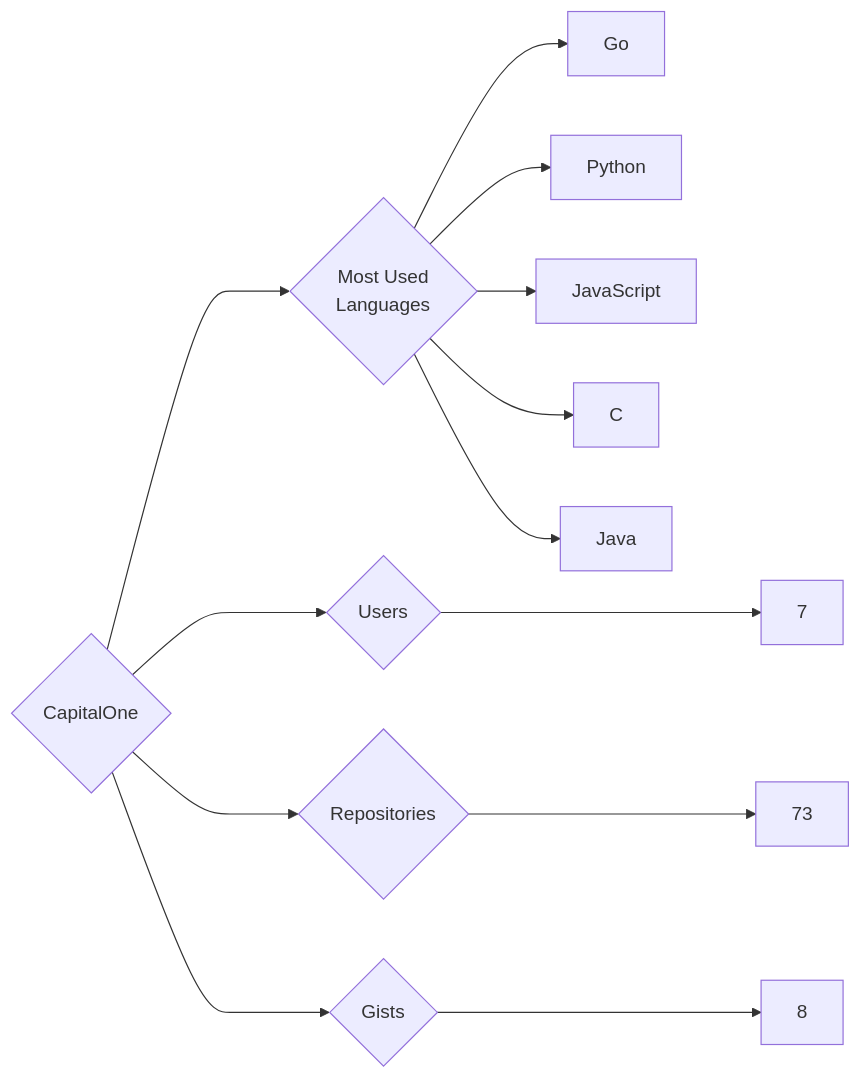
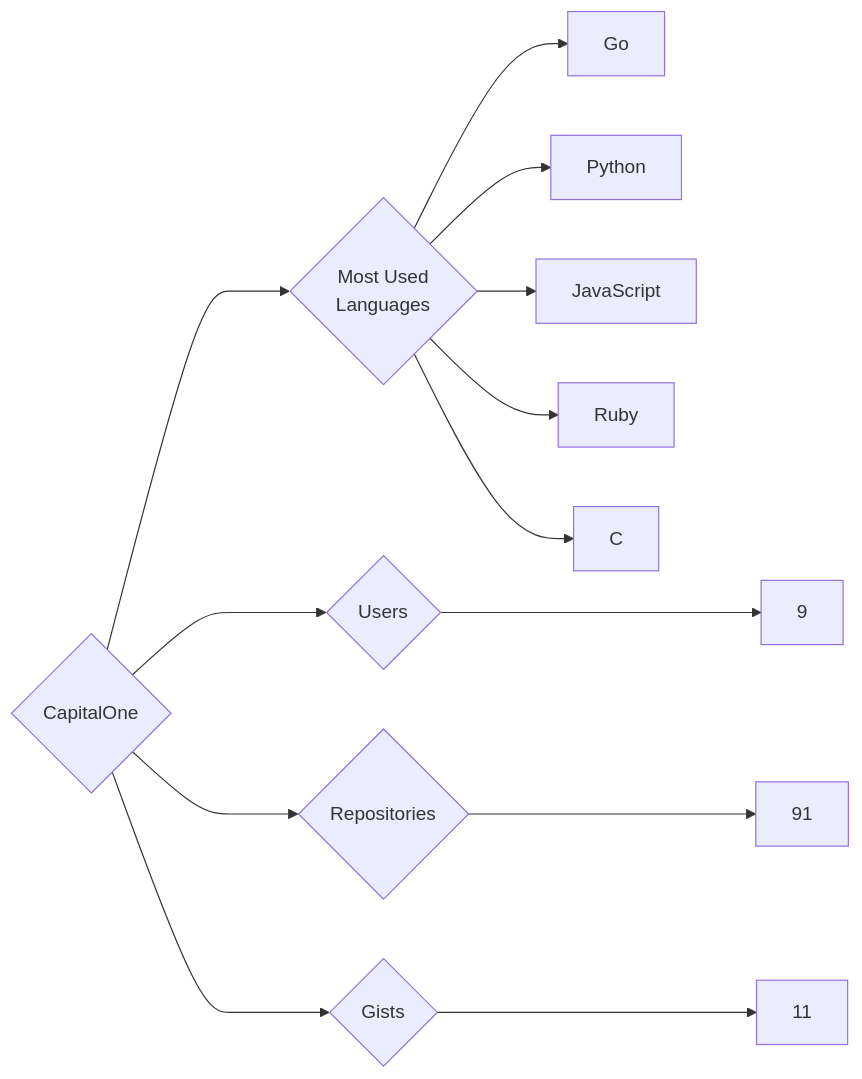
One commit to trickest/insiders changed the diagram in targets/CapitalOne/README.md. Above: the diagram before and after it, drawn with Mermaid. The commit also changed 1084 other files, not shown here.

````diff
--- a/targets/CapitalOne/README.md
+++ b/targets/CapitalOne/README.md
@@ -3,13 +3,13 @@
 ```mermaid
 graph LR
 COMPANY_NAME{CapitalOne}
-COMPANY_NAME ---> U{Users} ---> UN[7]
-COMPANY_NAME ---> R{Repositories} ---> RN[73]
-COMPANY_NAME ---> G{Gists} ---> GN[8]
+COMPANY_NAME ---> U{Users} ---> UN[9]
+COMPANY_NAME ---> R{Repositories} ---> RN[91]
+COMPANY_NAME ---> G{Gists} ---> GN[11]
 COMPANY_NAME ---> ML{Most Used<br>Languages}
 ML --> Go[Go]
 ML --> Python[Python]
 ML --> JavaScript[JavaScript]
+ML --> Ruby[Ruby]
 ML --> C[C]
-ML --> Java[Java]
 ```
````
